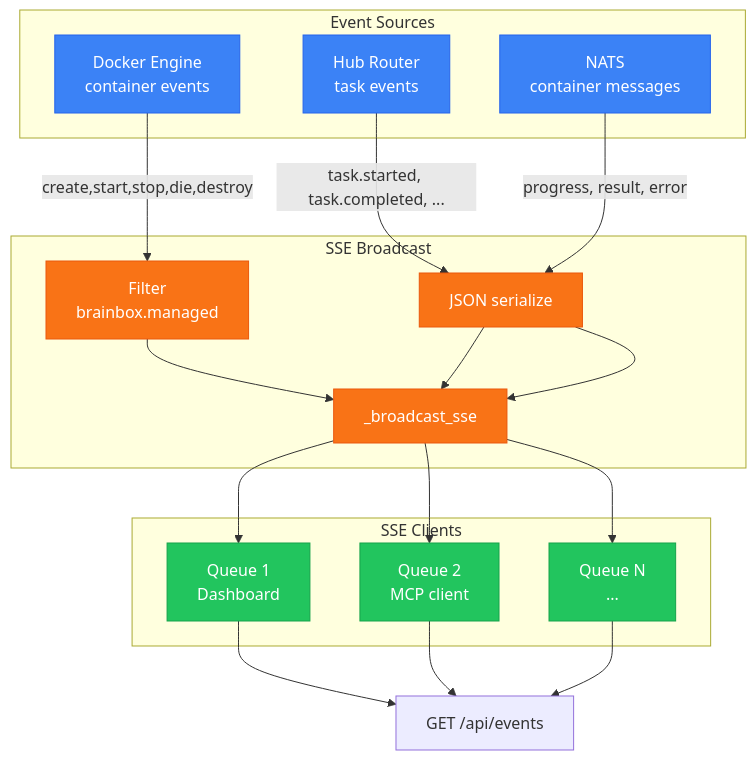
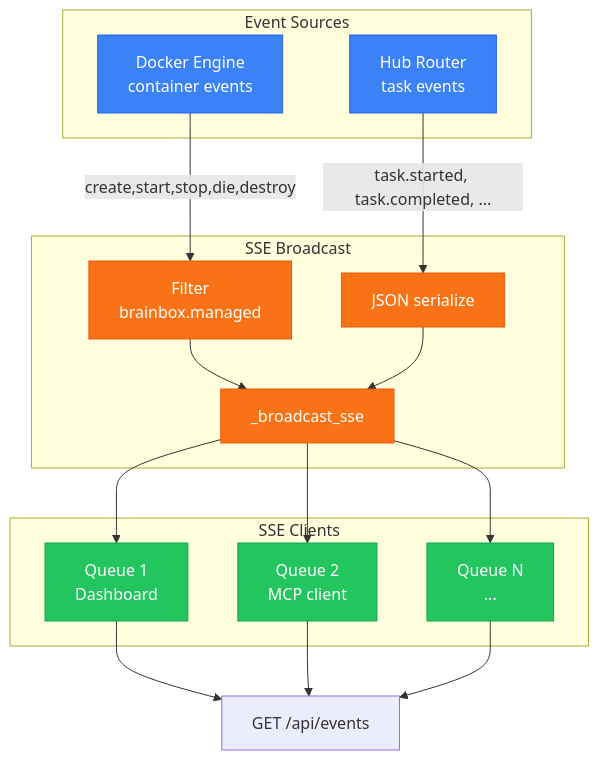
The fifth of 5 diagrams in docs/brainbox/observability.md (neverprepared/ink-bunny), drawn with Mermaid before and after one commit. The commit also changed other lines of this file and 10 other files, not shown here.

````diff
--- a/docs/brainbox/observability.md
+++ b/docs/brainbox/observability.md
@@ -212,37 +207,35 @@
 ```mermaid
 graph TB
     subgraph Sources["Event Sources"]
         DE[Docker Engine<br/>container events]
         Hub[Hub Router<br/>task events]
-        NATS_S[NATS<br/>container messages]
     end
 
     subgraph Broadcast["SSE Broadcast"]
         Filter[Filter<br/>brainbox.managed]
         Serialize[JSON serialize]
         BC[_broadcast_sse]
     end
 
     subgraph Clients["SSE Clients"]
         Q1[Queue 1<br/>Dashboard]
         Q2[Queue 2<br/>MCP client]
         Q3[Queue N<br/>...]
     end
 
     DE -->|"create,start,stop,die,destroy"| Filter --> BC
     Hub -->|"task.started, task.completed, ..."| Serialize --> BC
-    NATS_S -->|"progress, result, error"| Serialize --> BC
 
     BC --> Q1 & Q2 & Q3
     Q1 --> EP[GET /api/events]
     Q2 --> EP
     Q3 --> EP
 
     classDef srcStyle fill:#3b82f6,stroke:#2563eb,color:#fff
     classDef bcStyle fill:#f97316,stroke:#ea580c,color:#fff
     classDef clientStyle fill:#22c55e,stroke:#16a34a,color:#fff
 
-    class DE,Hub,NATS_S srcStyle
+    class DE,Hub srcStyle
     class Filter,Serialize,BC bcStyle
     class Q1,Q2,Q3 clientStyle
 ```
````
